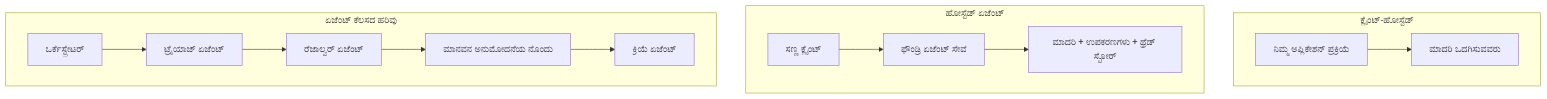
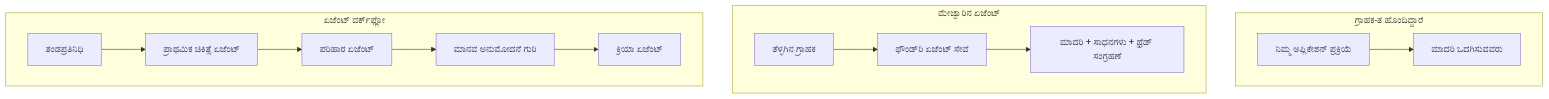
The first of 4 diagrams in mirrors/repos/microsoft@ai-agents-for-beginners/translations/kn/16-deploying-scalable-agents/README.md (gabrielmoreira/agent-skills-mirror), drawn with Mermaid before and after one commit. The commit also changed other lines of this file and 3581 other files, not shown here.

````diff
--- a/mirrors/repos/microsoft@ai-agents-for-beginners/translations/kn/16-deploying-scalable-agents/README.md
+++ b/mirrors/repos/microsoft@ai-agents-for-beginners/translations/kn/16-deploying-scalable-agents/README.md
@@ -87,16 +87,16 @@
 ```mermaid
 flowchart TB
-    subgraph P1[ಕ್ಲೈಂಟ್-ಹೋಸ್ಟೆಡ್]
-        A1[ನಿಮ್ಮ ಅಪ್ಲಿಕೇಶನ್ ಪ್ರಕ್ರಿಯೆ] --> M1[ಮಾದರಿ ಒದಗಿಸುವವರು]
+    subgraph P1[ಗ್ರಾಹಕ-ತ ಹೊಂದಿದ್ದಾರೆ]
+        A1[ನಿಮ್ಮ ಅಪ್ಲಿಕೇಶನ್ ಪ್ರಕ್ರಿಯೆ] --> M1[ಮಾದರಿ ಒದಗಿಸುವವರು]
     end
-    subgraph P2[ಹೋಸ್ಟೆಡ್ ಏಜೆಂಟ್]
-        A2[ಸಣ್ಣ ಕ್ಲೈಂಟ್] --> F2[ಫೌಂಡ್ರಿ ಏಜೆಂಟ್ ಸೇವೆ]
-        F2 --> M2[ಮಾದರಿ + ಉಪಕರಣಗಳು + ಥ್ರೆಡ್ ಸ್ಟೋರ್]
+    subgraph P2[ಮೇಜ್ವಾರಿನ ಏಜೆಂಟ್]
+        A2[ತೆಳ್ಳಗಿನ ಗ್ರಾಹಕ] --> F2[ಫೌಂಡ್‌ರಿ ಏಜೆಂಟ್ ಸೇವೆ]
+        F2 --> M2[ಮಾದರಿ + ಸಾಧನಗಳು + ಥ್ರೆಡ್ ಸಂಗ್ರಹಣೆ]
     end
-    subgraph P3[ಏಜೆಂಟ್ ಕೆಲಸದ ಹರಿವು]
-        A3[ಒರ್ಕೆಸ್ಟ್ರೇಟರ್] --> S1[ಟ್ರೈಯಾಜ್ ಏಜೆಂಟ್]
-        S1 --> S2[ರೆಜಾಲ್ವರ್ ಏಜೆಂಟ್]
-        S2 --> H[ಮಾನವನ ಅನುಮೋದನೆಯ ನೊಂದು]
-        H --> S3[ಕ್ರಿಯೆ ಏಜೆಂಟ್]
+    subgraph P3[ಏಜೆಂಟ್ ವರ್ಕ್‌ಫ್ಲೋ]
+        A3[ತಂಡಪ್ರತಿನಿಧಿ] --> S1[ಪ್ರಾಥಮಿಕ ಚಿಕಿತ್ಸೆ ಏಜೆಂಟ್]
+        S1 --> S2[ಪರಿಹಾರ ಏಜೆಂಟ್]
+        S2 --> H[ಮಾನವ ಅನುಮೋದನೆ ಗುರಿ]
+        H --> S3[ಕ್ರಿಯಾ ಏಜೆಂಟ್]
     end
 ```
````
